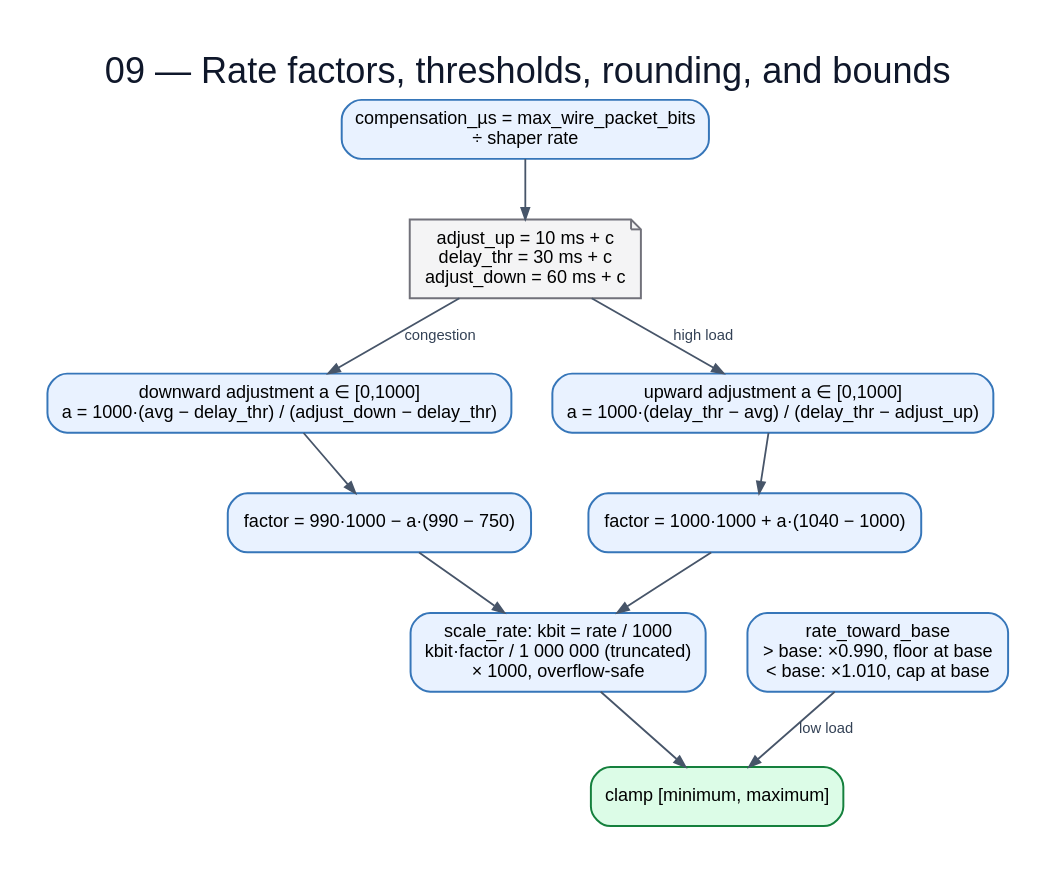
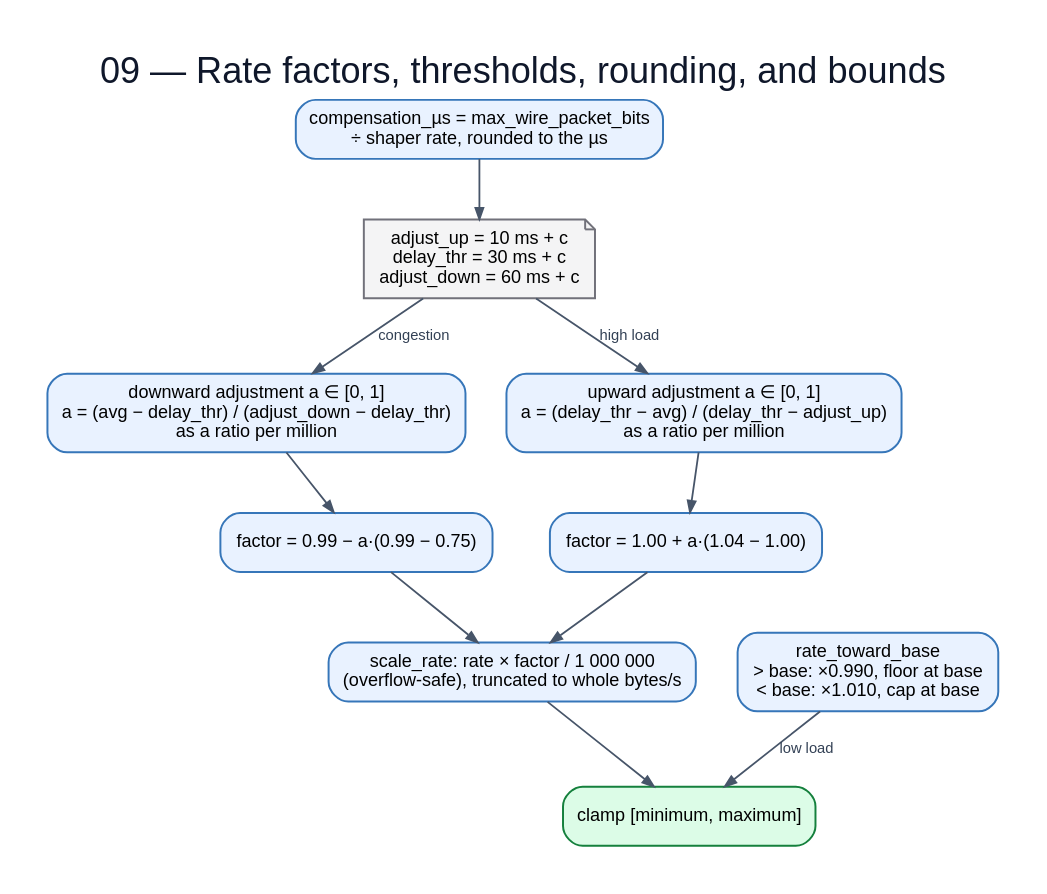
Before and after one commit to huydoan94/cake-adapt: the diagram in flowchart/diagrams/09-rate-math.dot, drawn with Graphviz. The commit also changed 6 other files, not shown here.

First line of the commit message:
flowchart: describe the base-unit controller math

```diff
--- a/flowchart/diagrams/09-rate-math.dot
+++ b/flowchart/diagrams/09-rate-math.dot
@@ -1,23 +1,23 @@
 digraph G {
   graph [rankdir=TB,bgcolor="white",pad="0.30",nodesep="0.35",ranksep="0.48",splines=polyline,fontname="Arial",label="09 — Rate factors, thresholds, rounding, and bounds",labelloc=t,fontsize=22,fontcolor="#0f172a"];
   node [fontname="Arial",fontsize=11,margin="0.14,0.09",penwidth=1.2];
   edge [fontname="Arial",fontsize=9,color="#475569",fontcolor="#334155",arrowsize=0.7,penwidth=1.1];
-  comp [label="compensation_µs = max_wire_packet_bits\n÷ shaper rate",shape=box,style="rounded,filled",fillcolor="#e9f2ff",color="#3676b9"];
+  comp [label="compensation_µs = max_wire_packet_bits\n÷ shaper rate, rounded to the µs",shape=box,style="rounded,filled",fillcolor="#e9f2ff",color="#3676b9"];
   thr [label="adjust_up = 10 ms + c\ndelay_thr = 30 ms + c\nadjust_down = 60 ms + c",shape=note,style="filled",fillcolor="#f4f4f5",color="#71717a"];
-  down [label="downward adjustment a ∈ [0,1000]\na = 1000·(avg − delay_thr) / (adjust_down − delay_thr)",shape=box,style="rounded,filled",fillcolor="#e9f2ff",color="#3676b9"];
-  dfac [label="factor = 990·1000 − a·(990 − 750)",shape=box,style="rounded,filled",fillcolor="#e9f2ff",color="#3676b9"];
-  up [label="upward adjustment a ∈ [0,1000]\na = 1000·(delay_thr − avg) / (delay_thr − adjust_up)",shape=box,style="rounded,filled",fillcolor="#e9f2ff",color="#3676b9"];
-  ufac [label="factor = 1000·1000 + a·(1040 − 1000)",shape=box,style="rounded,filled",fillcolor="#e9f2ff",color="#3676b9"];
-  scale [label="scale_rate: kbit = rate / 1000\nkbit·factor / 1 000 000 (truncated)\n× 1000, overflow-safe",shape=box,style="rounded,filled",fillcolor="#e9f2ff",color="#3676b9"];
+  down [label="downward adjustment a ∈ [0, 1]\na = (avg − delay_thr) / (adjust_down − delay_thr)\nas a ratio per million",shape=box,style="rounded,filled",fillcolor="#e9f2ff",color="#3676b9"];
+  dfac [label="factor = 0.99 − a·(0.99 − 0.75)",shape=box,style="rounded,filled",fillcolor="#e9f2ff",color="#3676b9"];
+  up [label="upward adjustment a ∈ [0, 1]\na = (delay_thr − avg) / (delay_thr − adjust_up)\nas a ratio per million",shape=box,style="rounded,filled",fillcolor="#e9f2ff",color="#3676b9"];
+  ufac [label="factor = 1.00 + a·(1.04 − 1.00)",shape=box,style="rounded,filled",fillcolor="#e9f2ff",color="#3676b9"];
+  scale [label="scale_rate: rate × factor / 1 000 000\n(overflow-safe), truncated to whole bytes/s",shape=box,style="rounded,filled",fillcolor="#e9f2ff",color="#3676b9"];
   decay [label="rate_toward_base\n> base: ×0.990, floor at base\n< base: ×1.010, cap at base",shape=box,style="rounded,filled",fillcolor="#e9f2ff",color="#3676b9"];
   clamp [label="clamp [minimum, maximum]",shape=box,style="rounded,filled,bold",fillcolor="#dcfce7",color="#15803d"];
   comp -> thr;
   thr -> down [label="congestion"];
   thr -> up [label="high load"];
   down -> dfac;
   up -> ufac;
   dfac -> scale;
   ufac -> scale;
   scale -> clamp;
   decay -> clamp [label="low load"];
 }
```
